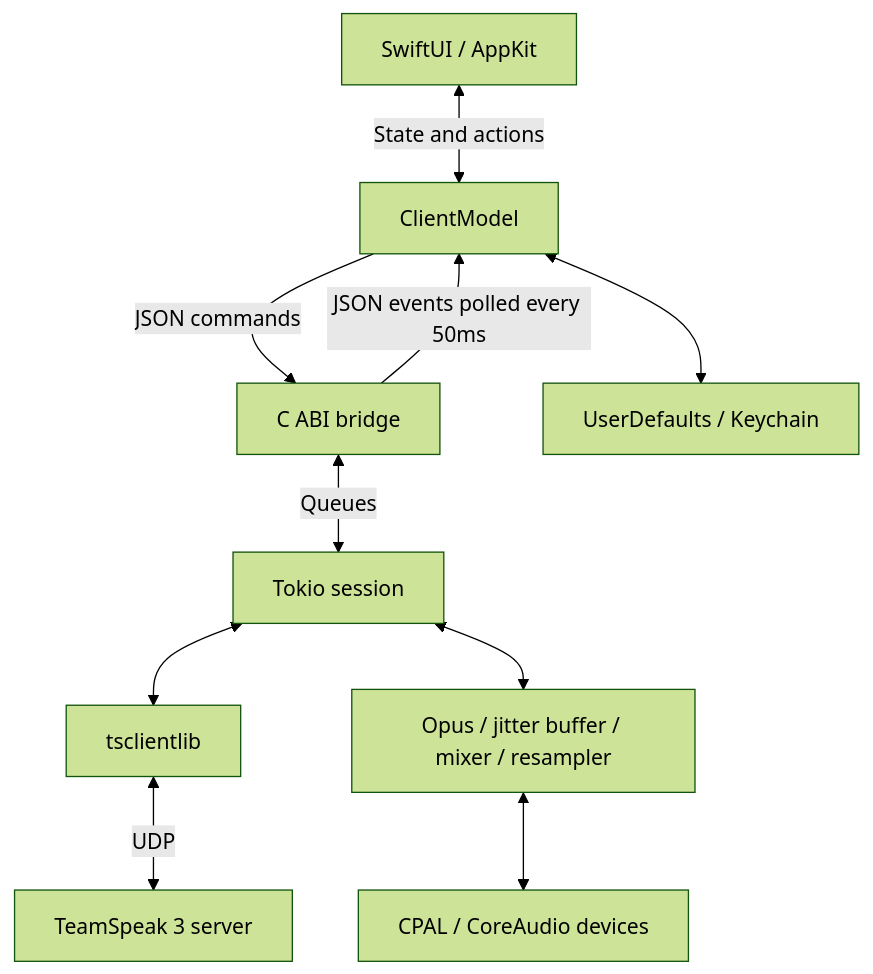
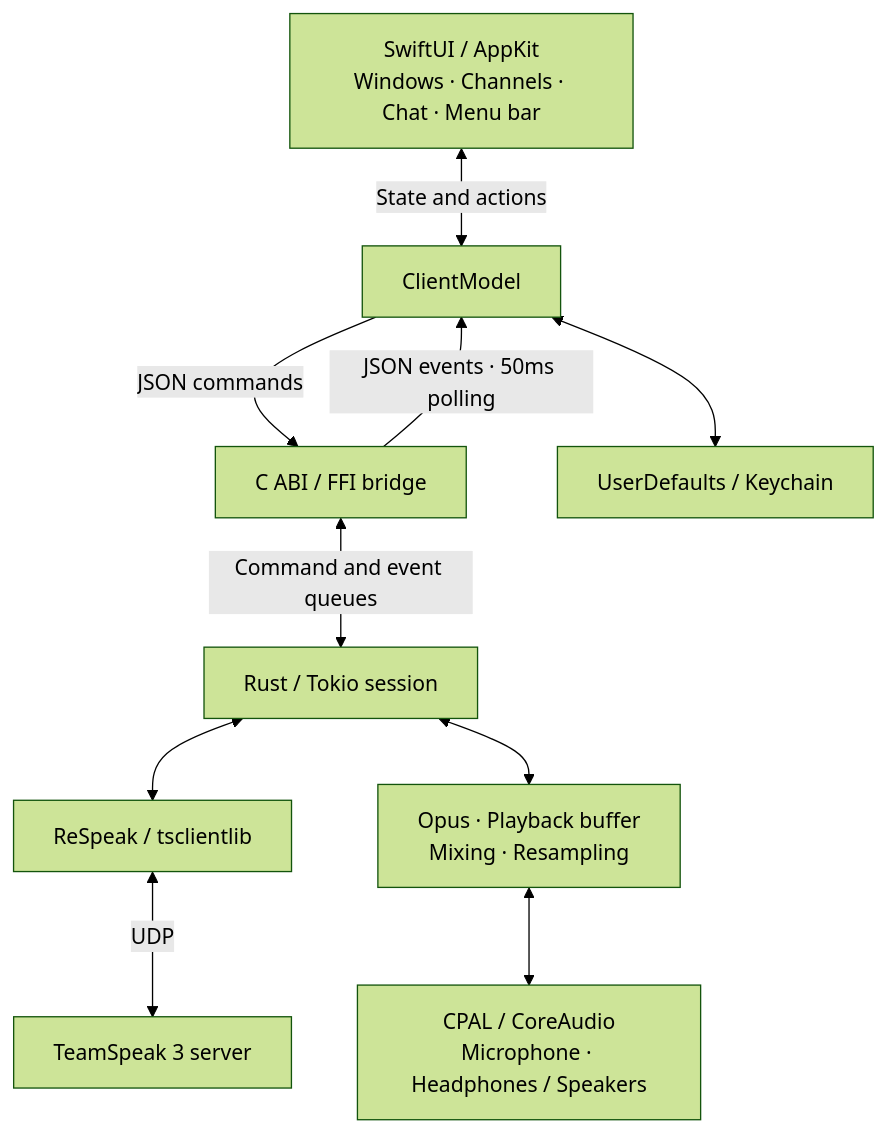
Before and after one commit to Green-hats/QuietSpeak: the diagram in README.en.md, drawn with Mermaid (forest theme). The commit also changed other lines of this file and 3 other files, not shown here.

````diff
--- a/README.en.md
+++ b/README.en.md
@@ -78,12 +99,12 @@
 ```mermaid
 flowchart TB
-    UI[SwiftUI / AppKit] <-->|State and actions| MODEL[ClientModel]
-    MODEL -->|JSON commands| FFI[C ABI bridge]
-    FFI -->|JSON events polled every 50ms| MODEL
-    FFI <-->|Queues| SESSION[Tokio session]
-    SESSION <--> PROTO[tsclientlib]
-    PROTO <-->|UDP| SERVER[TeamSpeak 3 server]
-    SESSION <--> AUDIO[Opus / jitter buffer / mixer / resampler]
-    AUDIO <--> DEVICE[CPAL / CoreAudio devices]
-    MODEL <--> STORAGE[UserDefaults / Keychain]
+    UI["SwiftUI / AppKit<br/>Windows · Channels · Chat · Menu bar"] <-->|State and actions| MODEL["ClientModel"]
+    MODEL -->|JSON commands| FFI["C ABI / FFI bridge"]
+    FFI -->|JSON events · 50ms polling| MODEL
+    FFI <-->|Command and event queues| SESSION["Rust / Tokio session"]
+    SESSION <--> PROTO["ReSpeak / tsclientlib"]
+    PROTO <-->|UDP| SERVER["TeamSpeak 3 server"]
+    SESSION <--> AUDIO["Opus · Playback buffer<br/>Mixing · Resampling"]
+    AUDIO <--> DEVICE["CPAL / CoreAudio<br/>Microphone · Headphones / Speakers"]
+    MODEL <--> STORAGE["UserDefaults / Keychain"]
 ```
````
